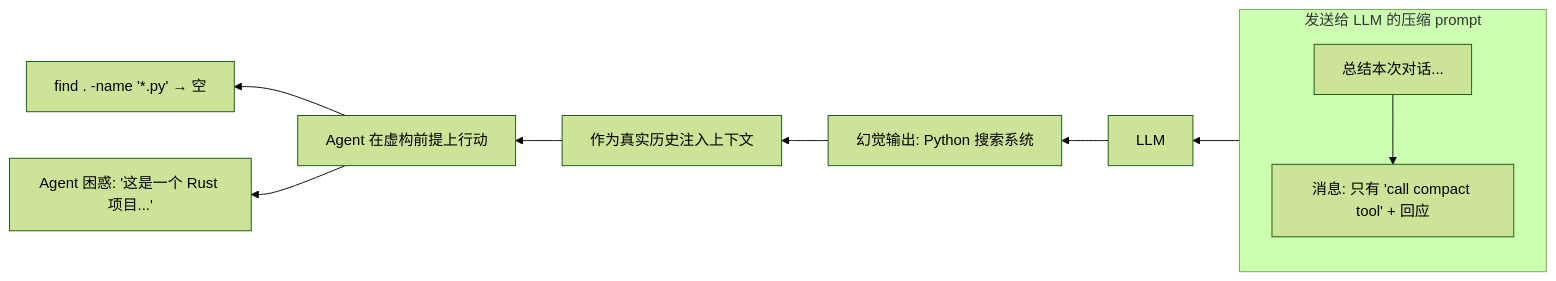
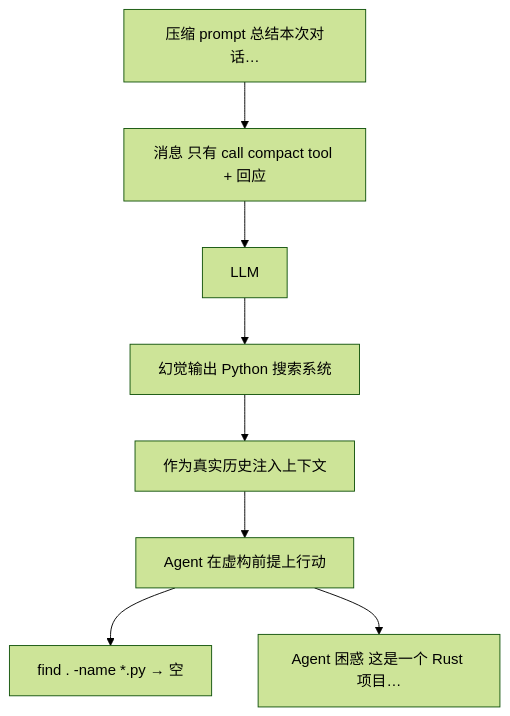
One commit to rust-infra/tact changed the second of 2 diagrams in book/20_chapter_hallucination_zh.md. Above: the diagram before and after it, drawn with Mermaid (forest theme). The commit also changed other lines of this file and 303 other files, not shown here.

````diff
--- a/book/20_chapter_hallucination_zh.md
+++ b/book/20_chapter_hallucination_zh.md
@@ -88,11 +86,10 @@
 ```mermaid
-flowchart RL
-    subgraph Prompt["发送给 LLM 的压缩 prompt"]
-        PromptText["总结本次对话..."] --> ContextInput["消息: 只有 'call compact tool' + 回应"]
-    end
-    Prompt --> LLM --> Output["幻觉输出: Python 搜索系统"]
-    Output --> Injected["作为真实历史注入上下文"]
-    Injected --> Agent["Agent 在虚构前提上行动"]
-    Agent --> Bash["find . -name '*.py' → 空"]
-    Agent --> Confused["Agent 困惑: '这是一个 Rust 项目...'"]
+graph TD
+    a_prompt[压缩 prompt 总结本次对话…] --> b_ctx[消息 只有 call compact tool + 回应]
+    b_ctx --> c_llm[LLM]
+    c_llm --> d_out[幻觉输出 Python 搜索系统]
+    d_out --> e_inj[作为真实历史注入上下文]
+    e_inj --> f_agent[Agent 在虚构前提上行动]
+    f_agent --> g_bash[find . -name *.py → 空]
+    f_agent --> h_confused[Agent 困惑 这是一个 Rust 项目…]
 ```
````
